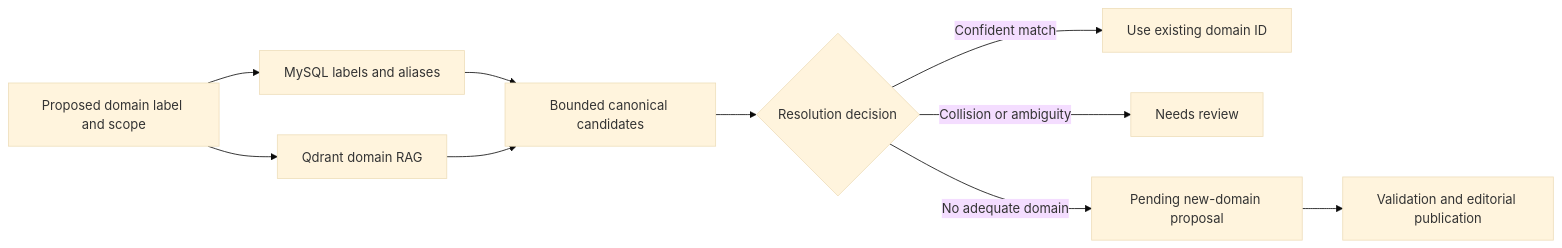
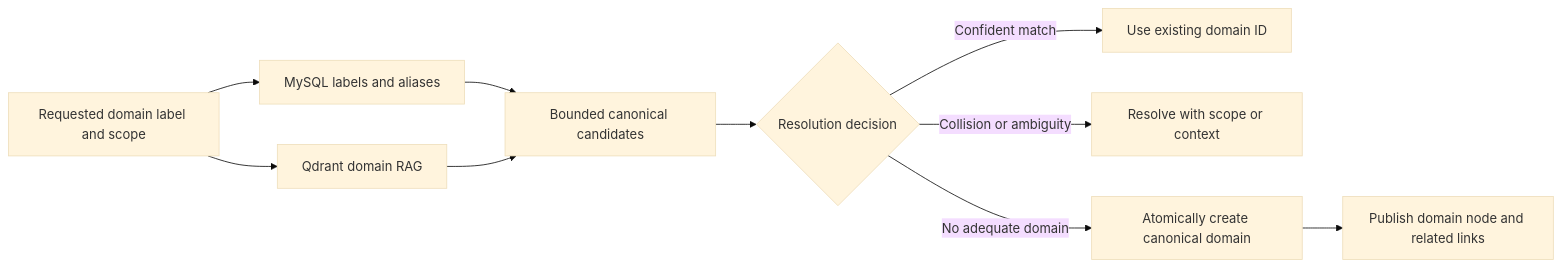
The second of 3 diagrams in docs/transnet.md (Ashex-x/Transnet), drawn with Mermaid (base theme) before and after one commit. The commit also changed other lines of this file and 3 other files, not shown here.

````diff
--- a/docs/transnet.md
+++ b/docs/transnet.md
@@ -191,12 +191,12 @@
 ```mermaid
 flowchart LR
-  input["Proposed domain label and scope"] --> exact["MySQL labels and aliases"]
+  input["Requested domain label and scope"] --> exact["MySQL labels and aliases"]
   exact --> candidates["Bounded canonical candidates"]
   input --> rag["Qdrant domain RAG"]
   rag --> candidates
   candidates --> decide{"Resolution decision"}
   decide -->|"Confident match"| reuse["Use existing domain ID"]
-  decide -->|"Collision or ambiguity"| review["Needs review"]
-  decide -->|"No adequate domain"| propose["Pending new-domain proposal"]
-  propose --> publish["Validation and editorial publication"]
+  decide -->|"Collision or ambiguity"| clarify["Resolve with scope or context"]
+  decide -->|"No adequate domain"| create["Atomically create canonical domain"]
+  create --> index["Publish domain node and related links"]
 ```
````
